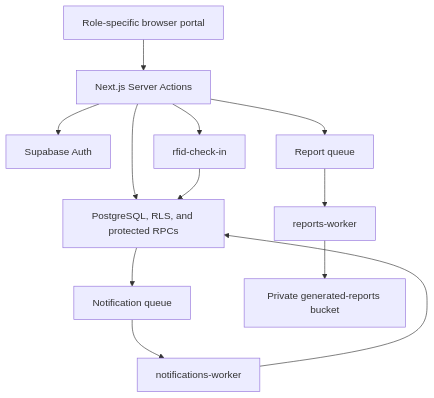
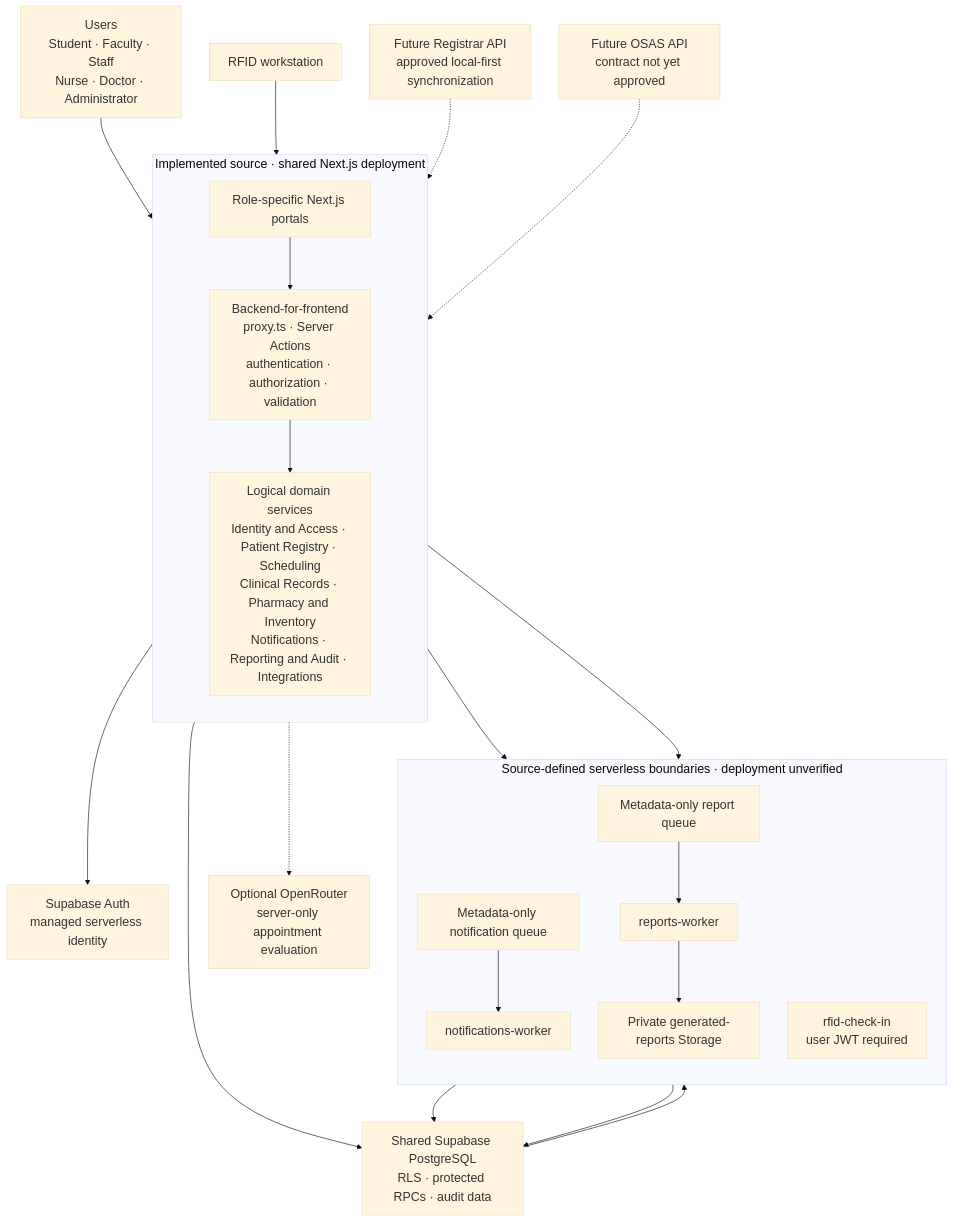
One commit to Tokise/Zentraq-backend changed the diagram in docs/SERVERLESS_MICROSERVICES_MIGRATION.md. Above: the diagram before and after it, drawn with Mermaid. The commit also changed other lines of this file and 3 other files, not shown here.

````diff
--- a/docs/SERVERLESS_MICROSERVICES_MIGRATION.md
+++ b/docs/SERVERLESS_MICROSERVICES_MIGRATION.md
@@ -32,25 +59,54 @@
 ```mermaid
+---
+config:
+  theme: base
+  themeVariables:
+    fontSize: "20px"
+  flowchart:
+    nodeSpacing: 45
+    rankSpacing: 60
+---
 flowchart TB
-    Browser["Role-specific browser portal"]
-    Actions["Next.js Server Actions"]
-    Auth["Supabase Auth"]
-    Database["PostgreSQL, RLS, and protected RPCs"]
-    NotificationQueue["Notification queue"]
-    NotificationWorker["notifications-worker"]
-    ReportQueue["Report queue"]
-    ReportWorker["reports-worker"]
-    Storage["Private generated-reports bucket"]
-    RfidWorker["rfid-check-in"]
+    Users["Users<br/>Student · Faculty · Staff<br/>Nurse · Doctor · Administrator"]
+    Scanner["RFID workstation"]
 
-    Browser --> Actions
-    Actions --> Auth
-    Actions --> Database
+    subgraph Application["Implemented source · shared Next.js deployment"]
+        direction TB
+        Portals["Role-specific Next.js portals"]
+        Boundary["Backend-for-frontend<br/>proxy.ts · Server Actions<br/>authentication · authorization · validation"]
+        Domains["Logical domain services<br/>Identity and Access · Patient Registry · Scheduling<br/>Clinical Records · Pharmacy and Inventory<br/>Notifications · Reporting and Audit · Integrations"]
+        Portals --> Boundary --> Domains
+    end
+
+    Auth["Supabase Auth<br/>managed serverless identity"]
+    Database["Shared Supabase PostgreSQL<br/>RLS · protected RPCs · audit data"]
+
+    subgraph Focused["Source-defined serverless boundaries · deployment unverified"]
+        direction TB
+        NotificationQueue["Metadata-only notification queue"]
+        NotificationWorker["notifications-worker"]
+        ReportQueue["Metadata-only report queue"]
+        ReportWorker["reports-worker"]
+        ReportStorage["Private generated-reports Storage"]
+        RfidWorker["rfid-check-in<br/>user JWT required"]
+
+        NotificationQueue --> NotificationWorker
+        ReportQueue --> ReportWorker --> ReportStorage
+    end
+
+    OpenRouter["Optional OpenRouter<br/>server-only appointment evaluation"]
+    Registrar["Future Registrar API<br/>approved local-first synchronization"]
+    OSAS["Future OSAS API<br/>contract not yet approved"]
+
+    Users --> Portals
+    Scanner --> Boundary
+    Boundary --> Auth
+    Domains --> Database
     Database --> NotificationQueue
-    NotificationQueue --> NotificationWorker
     NotificationWorker --> Database
-    Actions --> ReportQueue
-    ReportQueue --> ReportWorker
-    ReportWorker --> Storage
-    Actions --> RfidWorker
-    RfidWorker --> Database
+    Domains --> ReportQueue
+    Boundary --> RfidWorker --> Database
+    Domains -.-> OpenRouter
+    Registrar -.-> Domains
+    OSAS -.-> Domains
 ```
````
